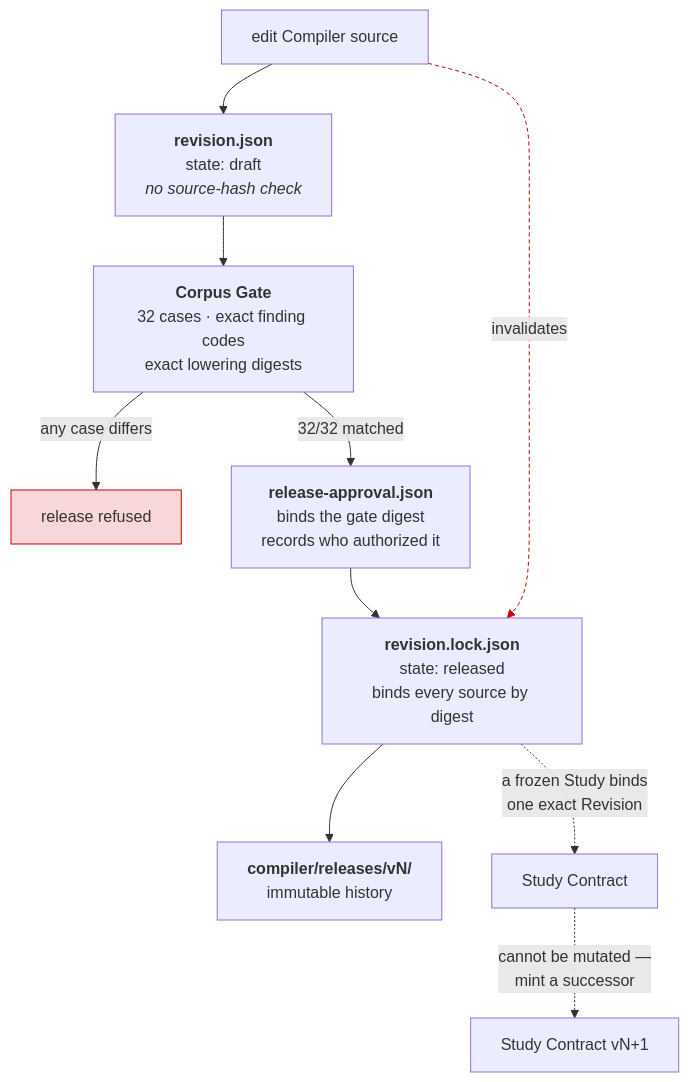
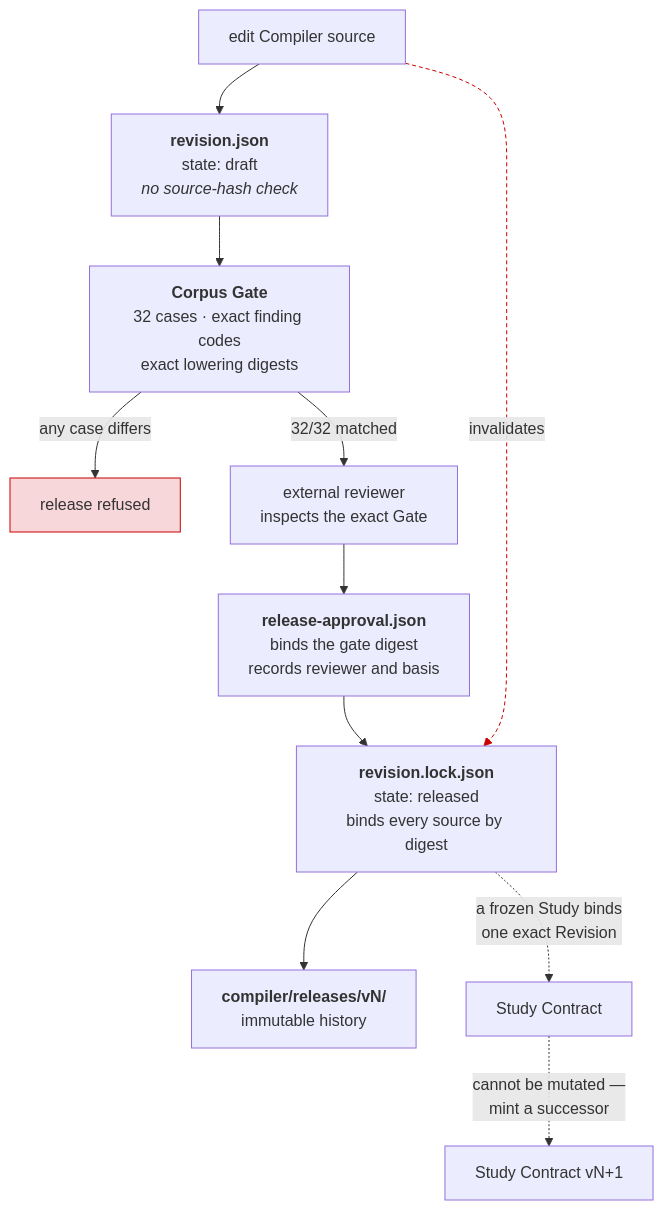
The sixth of 7 diagrams in docs/ARCHITECTURE.md (qhy991/open-cake-ir), drawn with Mermaid before and after one commit. The commit also changed other lines of this file and 7 other files, not shown here.

Commit message:
Require external compiler release approval

````diff
--- a/docs/ARCHITECTURE.md
+++ b/docs/ARCHITECTURE.md
@@ -238,16 +238,17 @@
 ```mermaid
 graph TD
     E["edit Compiler source"] --> D["<b>revision.json</b><br/>state: draft<br/><i>no source-hash check</i>"]
     D --> G["<b>Corpus Gate</b><br/>32 cases · exact finding codes<br/>exact lowering digests"]
     G -->|"any case differs"| STOP["release refused"]
-    G -->|"32/32 matched"| AP["<b>release-approval.json</b><br/>binds the gate digest<br/>records who authorized it"]
+    G -->|"32/32 matched"| R["external reviewer<br/>inspects the exact Gate"]
+    R --> AP["<b>release-approval.json</b><br/>binds the gate digest<br/>records reviewer and basis"]
     AP --> L["<b>revision.lock.json</b><br/>state: released<br/>binds every source by digest"]
     L --> AR["<b>compiler/releases/vN/</b><br/>immutable history"]
 
     L -.->|"a frozen Study binds<br/>one exact Revision"| SC["Study Contract"]
     E -.->|"invalidates"| L
     SC -.->|"cannot be mutated —<br/>mint a successor"| SC2["Study Contract vN+1"]
 
     style STOP fill:#f8d7da,stroke:#c00
-    linkStyle 7 stroke:#c00,stroke-dasharray:4 3
+    linkStyle 8 stroke:#c00,stroke-dasharray:4 3
 ```
````
